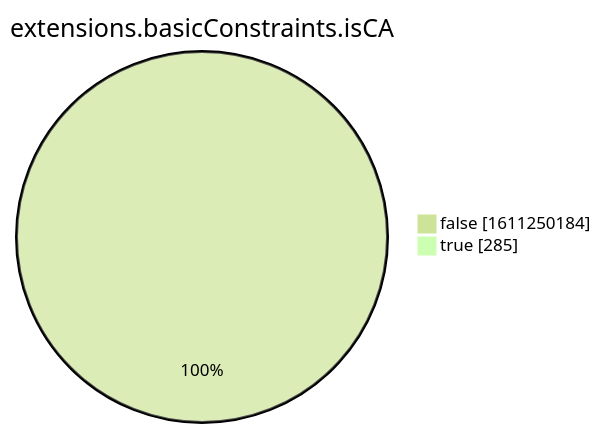
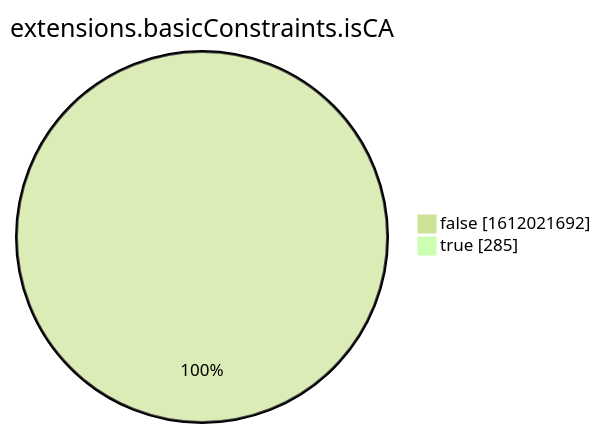
The eighth of 15 diagrams in xenon2022/README.md (christiankrug/ctmonitor_visualization), drawn with Mermaid (forest theme) before and after one commit. The commit also changed other lines of this file, not shown here.

````diff
--- a/xenon2022/README.md
+++ b/xenon2022/README.md
@@ -2862,6 +2863,6 @@
 ```mermaid
 pie showData
 title extensions.basicConstraints.isCA
-"false" :1611250184
+"false" :1612021692
 "true" :285
 ```
````
